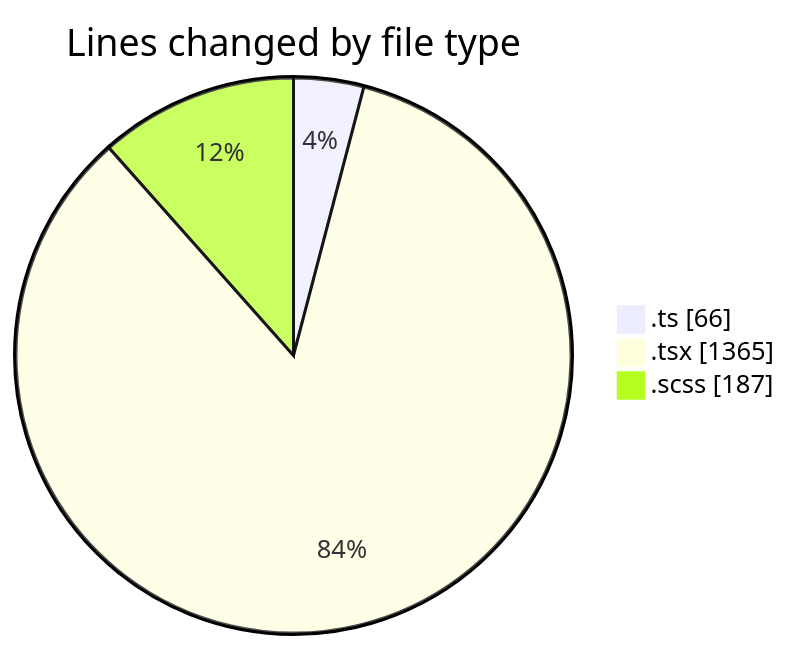
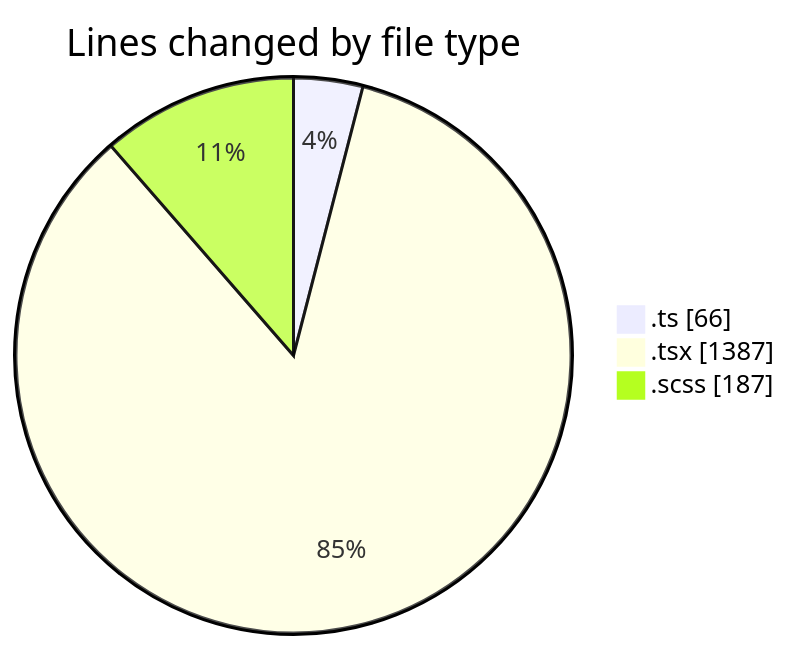
Before and after one commit to momahboobian/code-tracking: the first of 2 diagrams in 2025-03-21/cda/README.md, drawn with Mermaid. The commit also changed other lines of this file and 1 other file, not shown here.

````diff
--- a/2025-03-21/cda/README.md
+++ b/2025-03-21/cda/README.md
@@ -32,7 +32,7 @@
 ```mermaid
 pie showData
 title Lines changed by file type
 ".ts" : 66
-".tsx" : 1365
+".tsx" : 1387
 ".scss" : 187
 ```
````
